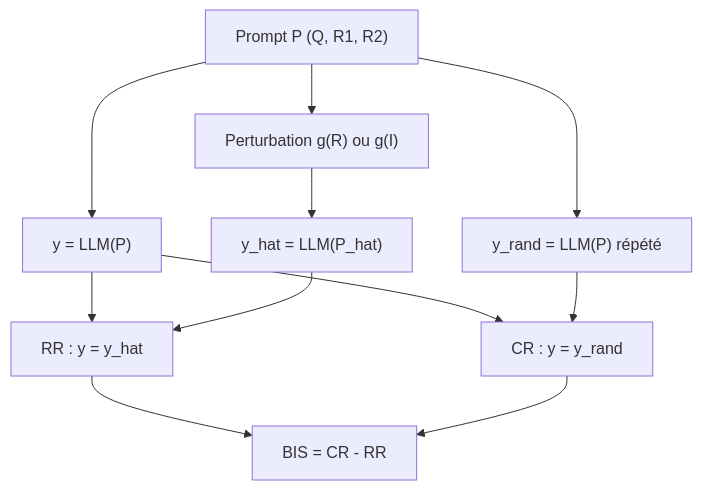
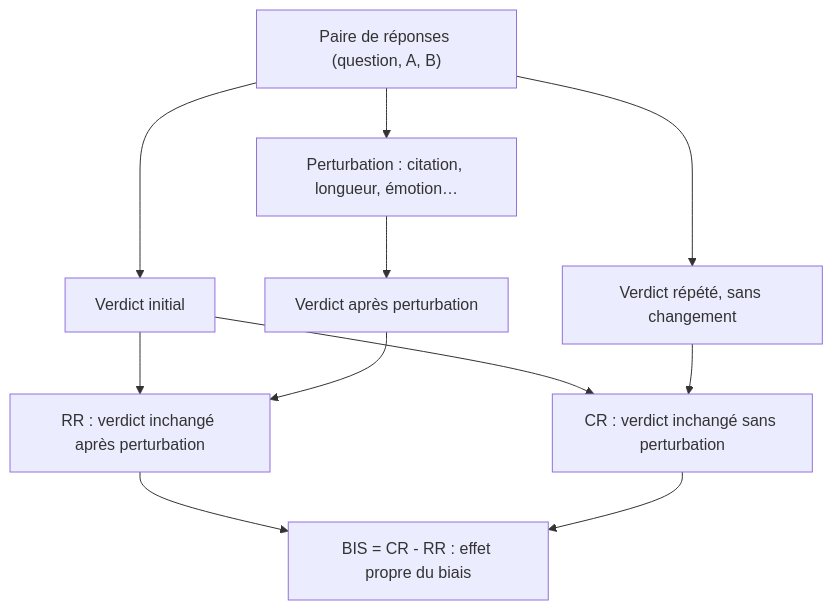
The first of 4 diagrams in presentation/presentation_fr.md (Flamenate/llm-as-a-judge-repro), drawn with Mermaid before and after one commit. The commit also changed other lines of this file and 129 other files, not shown here.

````diff
--- a/presentation/presentation_fr.md
+++ b/presentation/presentation_fr.md
@@ -63,12 +65,12 @@
 ```mermaid
 flowchart TB
-  P["Prompt P (Q, R1, R2)"] --> Y["y = LLM(P)"]
-  P --> G["Perturbation g(R) ou g(I)"] --> Yh["y_hat = LLM(P_hat)"]
-  P --> Yr["y_rand = LLM(P) répété"]
-  Y --> RR["RR : y = y_hat"]
+  P["Paire de réponses (question, A, B)"] --> Y["Verdict initial"]
+  P --> Yr["Verdict répété, sans changement"]
+  P --> G["Perturbation : citation, longueur, émotion…"] --> Yh["Verdict après perturbation"]
+  Y --> RR["RR : verdict inchangé après perturbation"]
   Yh --> RR
-  Y --> CR["CR : y = y_rand"]
+  Y --> CR["CR : verdict inchangé sans perturbation"]
   Yr --> CR
-  RR --> BIS["BIS = CR - RR"]
+  RR --> BIS["BIS = CR - RR : effet propre du biais"]
   CR --> BIS
 ```
````
